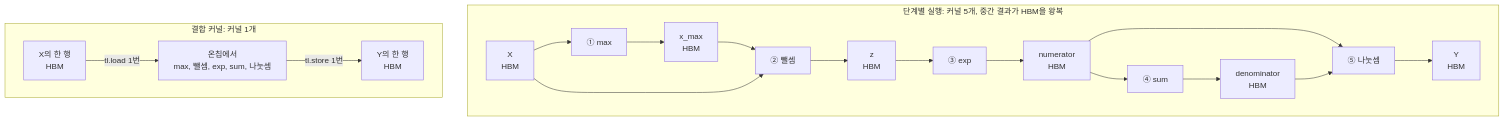
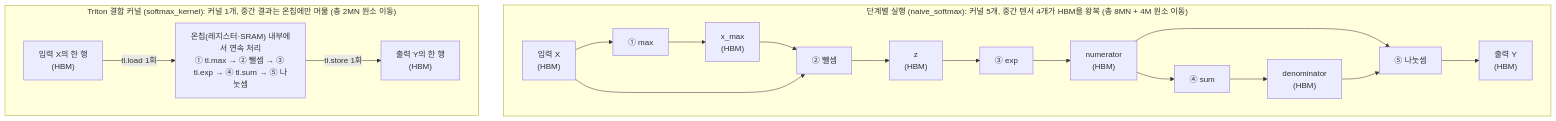
The third of 5 diagrams in week06/yblee.md (legato-user-group/tensor2silicon-lab), drawn with Mermaid before and after one commit. The commit also changed other lines of this file, not shown here.

````diff
--- a/week06/yblee.md
+++ b/week06/yblee.md
@@ -436,19 +581,19 @@
 ```mermaid
 flowchart TB
-    subgraph NAIVE["단계별 실행: 커널 5개, 중간 결과가 HBM을 왕복"]
+    subgraph NAIVE["단계별 실행 (naive_softmax): 커널 5개, 중간 텐서 4개가 HBM을 왕복 (총 8MN + 4M 원소 이동)"]
         direction LR
-        A0["X<br/>HBM"] --> A1["① max"] --> A2["x_max<br/>HBM"]
+        A0["입력 X<br/>(HBM)"] --> A1["① max"] --> A2["x_max<br/>(HBM)"]
         A2 --> A3["② 뺄셈"]
         A0 --> A3
-        A3 --> A4["z<br/>HBM"] --> A5["③ exp"] --> A6["numerator<br/>HBM"]
-        A6 --> A7["④ sum"] --> A8["denominator<br/>HBM"]
+        A3 --> A4["z<br/>(HBM)"] --> A5["③ exp"] --> A6["numerator<br/>(HBM)"]
+        A6 --> A7["④ sum"] --> A8["denominator<br/>(HBM)"]
         A6 --> A9["⑤ 나눗셈"]
         A8 --> A9
-        A9 --> A10["Y<br/>HBM"]
+        A9 --> A10["출력 Y<br/>(HBM)"]
     end
-    subgraph FUSED["결합 커널: 커널 1개"]
+    subgraph FUSED["Triton 결합 커널 (softmax_kernel): 커널 1개, 중간 결과는 온칩에만 머묾 (총 2MN 원소 이동)"]
         direction LR
-        B0["X의 한 행<br/>HBM"] -->|"tl.load 1번"| B1["온칩에서<br/>max, 뺄셈, exp, sum, 나눗셈"]
-        B1 -->|"tl.store 1번"| B2["Y의 한 행<br/>HBM"]
+        B0["입력 X의 한 행<br/>(HBM)"] -->|"tl.load 1회"| B1["온칩(레지스터·SRAM) 내부에서 연속 처리<br/>① tl.max → ② 뺄셈 → ③ tl.exp → ④ tl.sum → ⑤ 나눗셈"]
+        B1 -->|"tl.store 1회"| B2["출력 Y의 한 행<br/>(HBM)"]
     end
 ```
````
